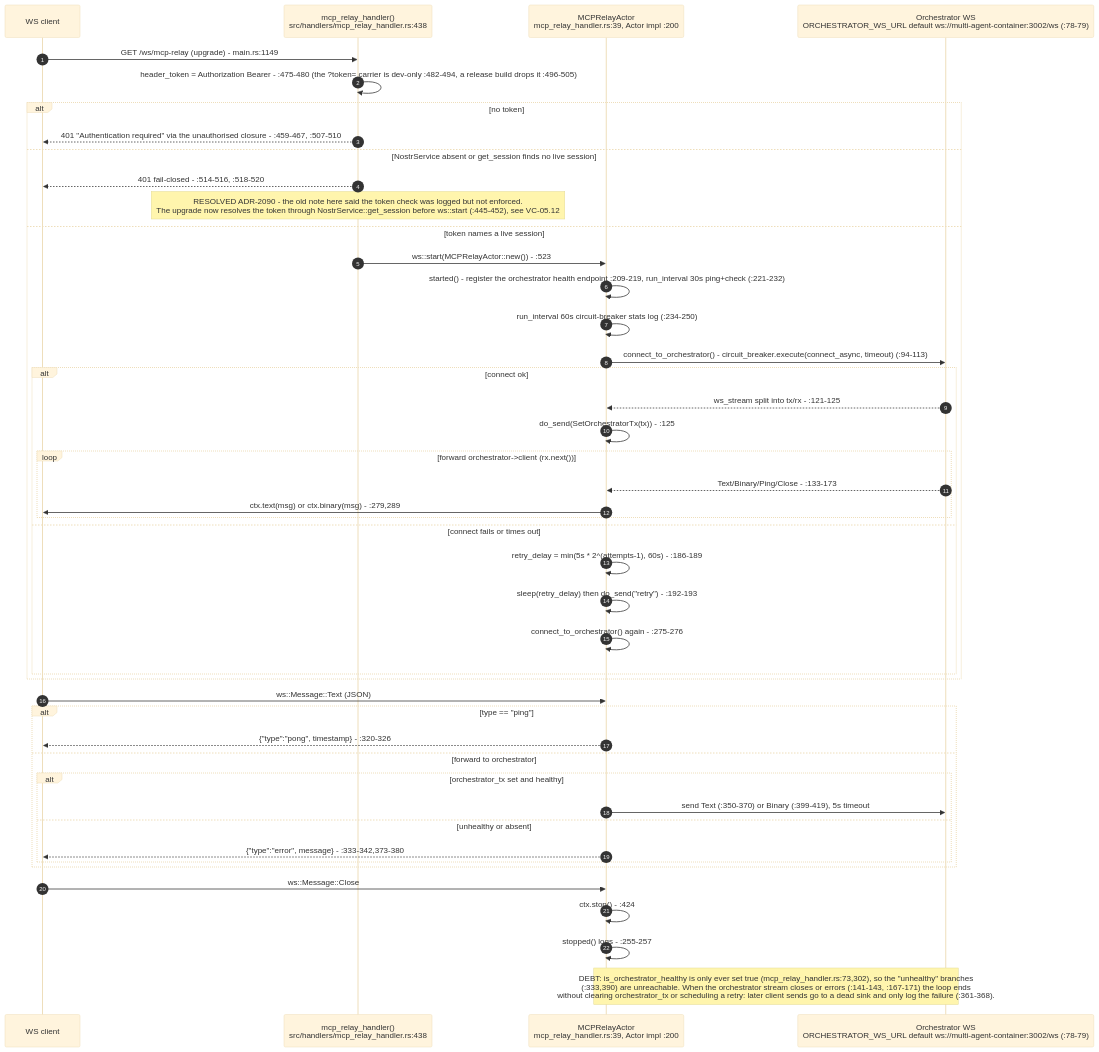
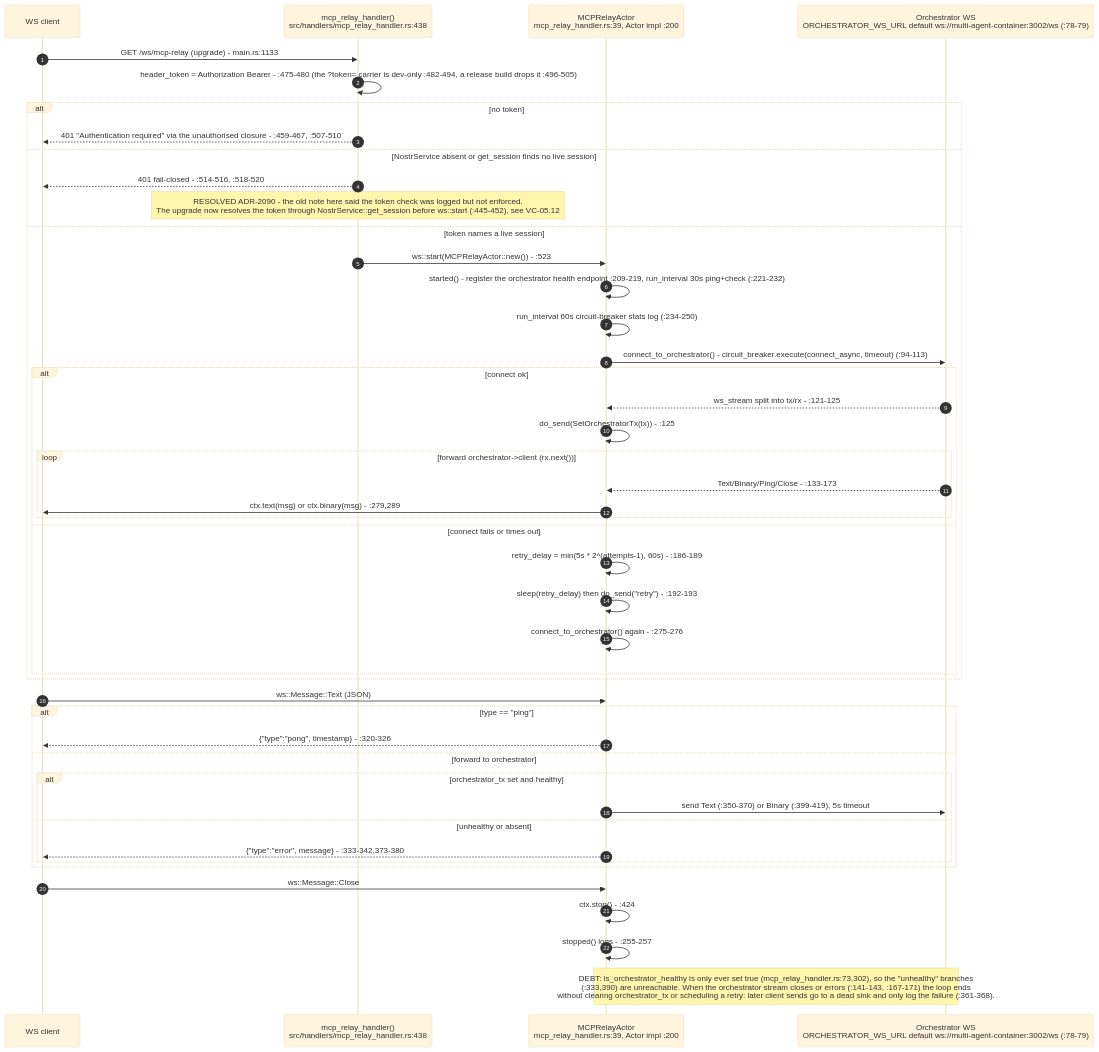
One commit to DreamLab-AI/VisionFlow changed the third of 11 diagrams in docs/diagrams/visionclaw/27-agent-integration-mcp-relay.md. Above: the diagram before and after it, drawn with Mermaid (base theme). The commit also changed other lines of this file and 7 other files, not shown here.

First line of the commit message:
diagrams(visionclaw): re-verify VC-25..28 and VC-30..33 at visionclaw 4900ec60b, agentbox 59b1aca1c

````diff
--- a/docs/diagrams/visionclaw/27-agent-integration-mcp-relay.md
+++ b/docs/diagrams/visionclaw/27-agent-integration-mcp-relay.md
@@ -128,48 +128,48 @@
 ```mermaid
 sequenceDiagram
     autonumber
     participant Client as WS client
     participant H as mcp_relay_handler()<br/>src/handlers/mcp_relay_handler.rs:438
     participant A as MCPRelayActor<br/>mcp_relay_handler.rs:39, Actor impl :200
     participant O as Orchestrator WS<br/>ORCHESTRATOR_WS_URL default ws://multi-agent-container:3002/ws (:78-79)
 
-    Client->>H: GET /ws/mcp-relay (upgrade) - main.rs:1149
+    Client->>H: GET /ws/mcp-relay (upgrade) - main.rs:1133
     H->>H: header_token = Authorization Bearer - :475-480 (the ?token= carrier is dev-only :482-494, a release build drops it :496-505)
     alt no token
         H-->>Client: 401 "Authentication required" via the unauthorised closure - :459-467, :507-510
     else NostrService absent or get_session finds no live session
         H-->>Client: 401 fail-closed - :514-516, :518-520
         Note over H: RESOLVED ADR-2090 - the old note here said the token check was logged but not enforced.<br/>The upgrade now resolves the token through NostrService::get_session before ws::start (:445-452), see VC-05.12
     else token names a live session
         H->>A: ws::start(MCPRelayActor::new()) - :523
         A->>A: started() - register the orchestrator health endpoint :209-219, run_interval 30s ping+check (:221-232)
         A->>A: run_interval 60s circuit-breaker stats log (:234-250)
         A->>O: connect_to_orchestrator() - circuit_breaker.execute(connect_async, timeout) (:94-113)
         alt connect ok
             O-->>A: ws_stream split into tx/rx - :121-125
             A->>A: do_send(SetOrchestratorTx(tx)) - :125
             loop forward orchestrator->client (rx.next())
                 O-->>A: Text/Binary/Ping/Close - :133-173
                 A->>Client: ctx.text(msg) or ctx.binary(msg) - :279,289
             end
         else connect fails or times out
             A->>A: retry_delay = min(5s * 2^(attempts-1), 60s) - :186-189
             A->>A: sleep(retry_delay) then do_send("retry") - :192-193
             A->>A: connect_to_orchestrator() again - :275-276
         end
     end
     Client->>A: ws::Message::Text (JSON)
     alt type == "ping"
         A-->>Client: {"type":"pong", timestamp} - :320-326
     else forward to orchestrator
         alt orchestrator_tx set and healthy
             A->>O: send Text (:350-370) or Binary (:399-419), 5s timeout
         else unhealthy or absent
             A-->>Client: {"type":"error", message} - :333-342,373-380
         end
     end
     Client->>A: ws::Message::Close
     A->>A: ctx.stop() - :424
     A->>A: stopped() logs - :255-257
     Note over A,O: DEBT: is_orchestrator_healthy is only ever set true (mcp_relay_handler.rs:73,302), so the "unhealthy" branches<br/>(:333,390) are unreachable. When the orchestrator stream closes or errors (:141-143, :167-171) the loop ends<br/>without clearing orchestrator_tx or scheduling a retry: later client sends go to a dead sink and only log the failure (:361-368).
 ```
````
